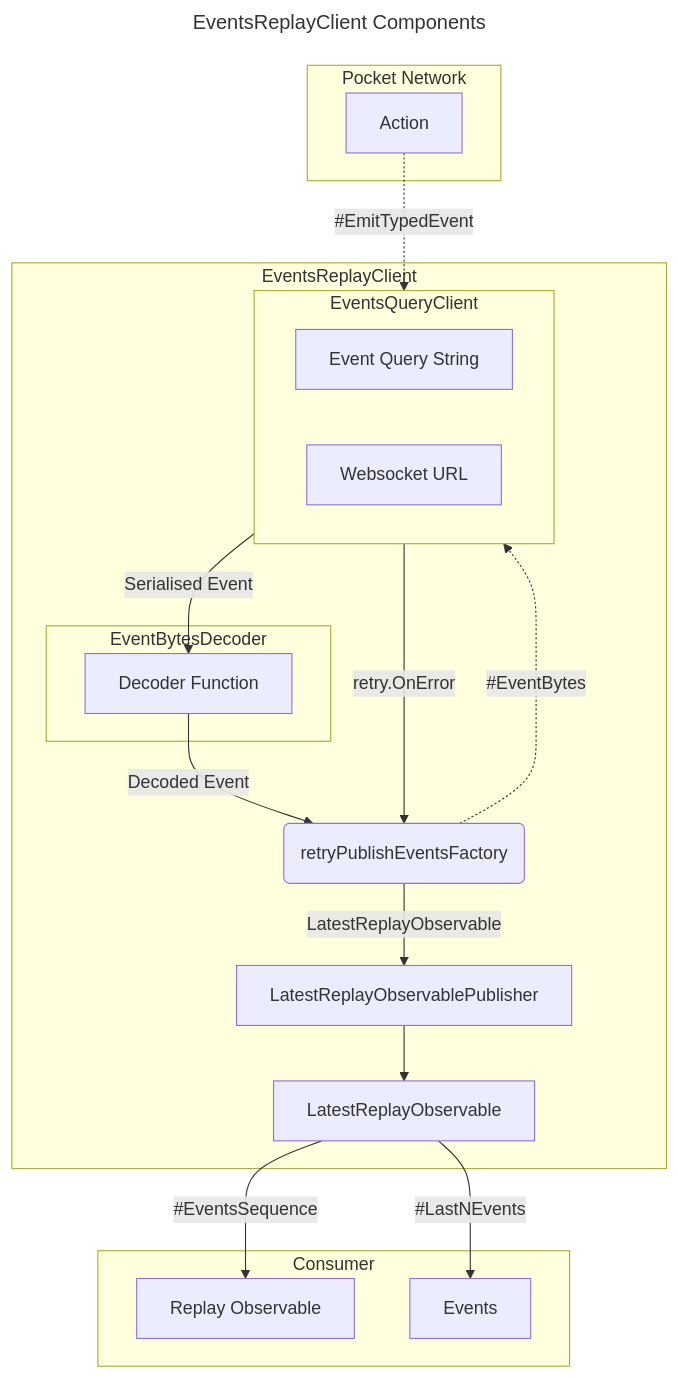
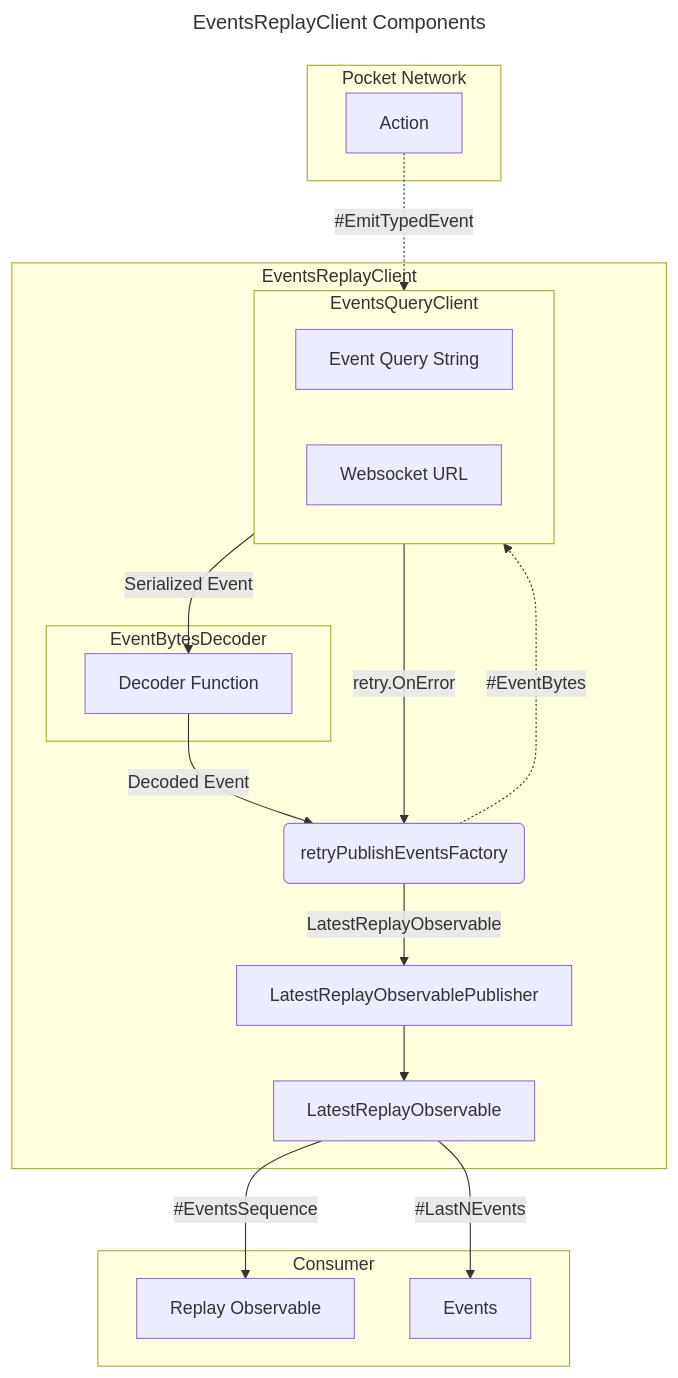
Before and after one commit to pokt-network/poktroll: the third of 4 diagrams in docs/pkg/client/events.md, drawn with Mermaid. The commit also changed 4 other files, not shown here.

````diff
--- a/docs/pkg/client/events.md
+++ b/docs/pkg/client/events.md
@@ -99,40 +99,40 @@
 ```mermaid
 ---
 title: EventsReplayClient Components
 ---
 
 flowchart
   subgraph chain[Pocket Network]
     c1_md[Action]
   end
 
   subgraph erc[EventsReplayClient]
     subgraph eqc[EventsQueryClient]
       r1_qs[Event Query String]
       r1_qe[Websocket URL]
     end
     r1_rt(retryPublishEventsFactory)
     subgraph dec[EventBytesDecoder]
       r1_df[Decoder Function]
     end
     r1_ob[LatestReplayObservable]
     r1_pb[LatestReplayObservablePublisher]
   end
 
   subgraph con[Consumer]
     c1_ob[Replay Observable]
     c1_ev[Events]
   end
 
   c1_md -."#EmitTypedEvent".-> eqc
 
   eqc --"retry.OnError"--> r1_rt
   r1_df --"Decoded Event"--> r1_rt
   r1_rt -."#EventBytes".-> eqc
   r1_rt --"LatestReplayObservable"-->r1_pb
   r1_pb --> r1_ob
 
-  eqc --"Serialised Event"--> r1_df
+  eqc --"Serialized Event"--> r1_df
   r1_ob --"#EventsSequence"--> c1_ob
   r1_ob --"#LastNEvents"--> c1_ev
 ```
````
